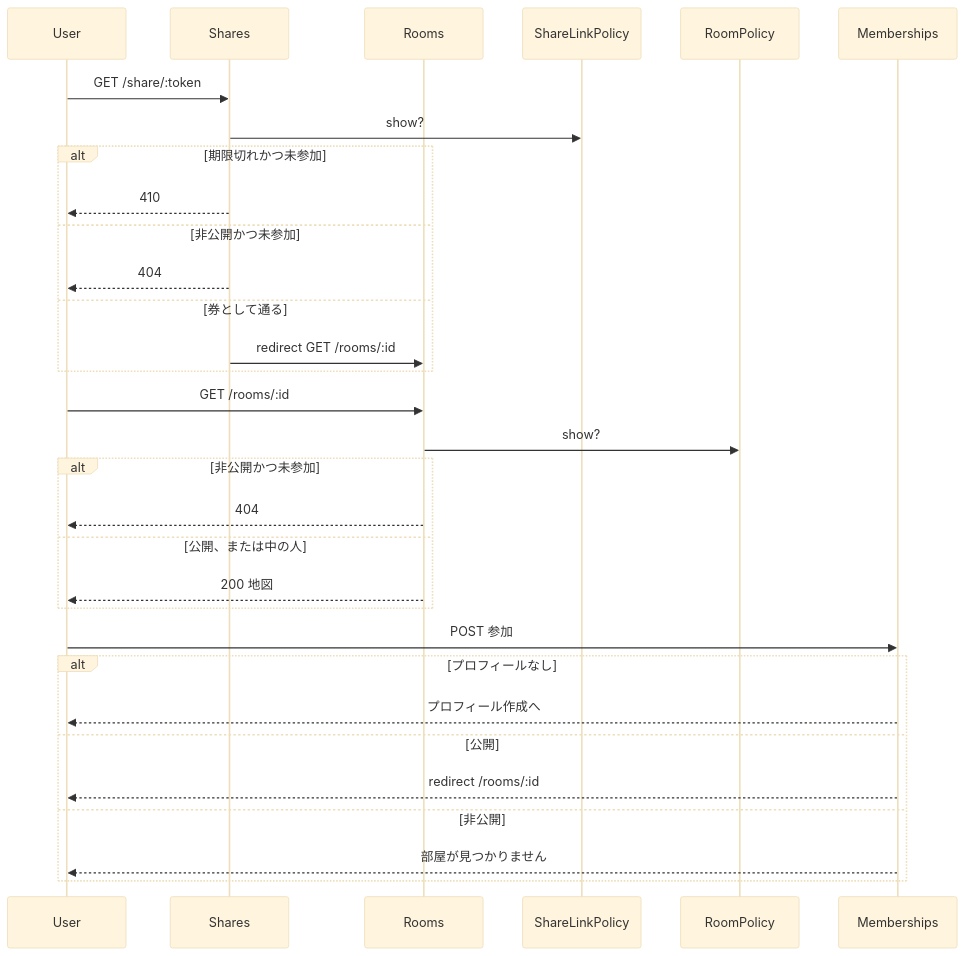
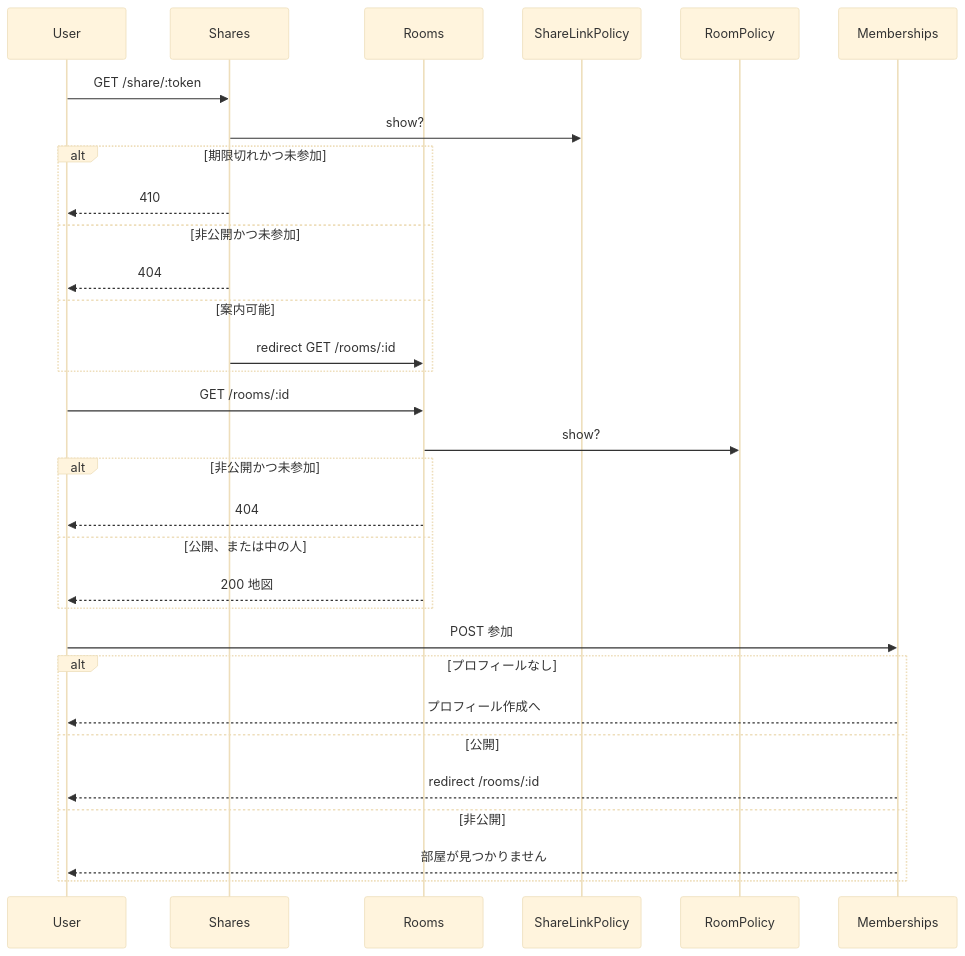
The second of 2 diagrams in docs/designs/2026-08-20-public-room-peek.md (miyaRY777/hobby-matching-app), drawn with Mermaid (base theme) before and after one commit. The commit also changed other lines of this file and 10 other files, not shown here.

````diff
--- a/docs/designs/2026-08-20-public-room-peek.md
+++ b/docs/designs/2026-08-20-public-room-peek.md
@@ -170,36 +172,36 @@
 ```mermaid
 sequenceDiagram
   participant U as User
   participant S as Shares
   participant R as Rooms
   participant SP as ShareLinkPolicy
   participant RP as RoomPolicy
   participant M as Memberships
 
   U->>S: GET /share/:token
   S->>SP: show?
   alt 期限切れかつ未参加
     S-->>U: 410
   else 非公開かつ未参加
     S-->>U: 404
-  else 券として通る
+  else 案内可能
     S->>R: redirect GET /rooms/:id
   end
 
   U->>R: GET /rooms/:id
   R->>RP: show?
   alt 非公開かつ未参加
     R-->>U: 404
   else 公開、または中の人
     R-->>U: 200 地図
   end
 
   U->>M: POST 参加
   alt プロフィールなし
     M-->>U: プロフィール作成へ
   else 公開
     M-->>U: redirect /rooms/:id
   else 非公開
     M-->>U: 部屋が見つかりません
   end
 ```
````
